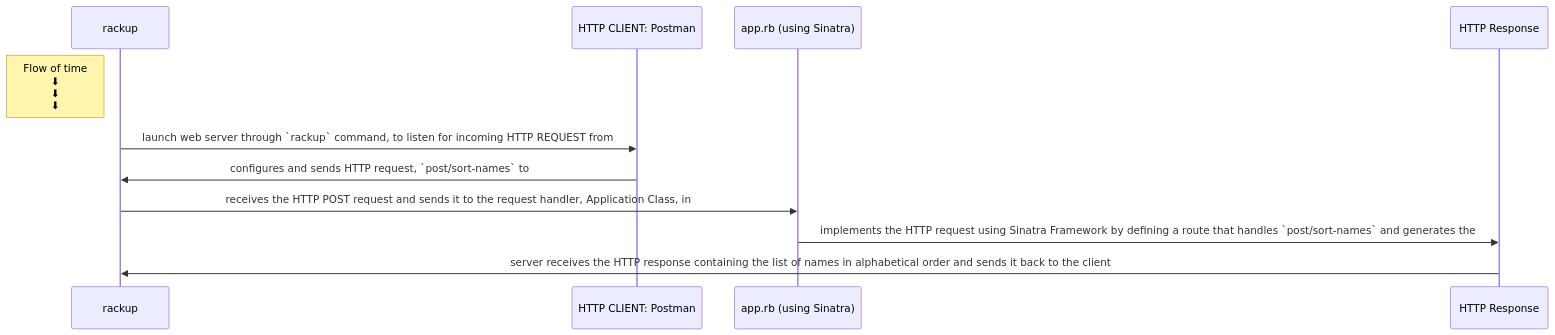
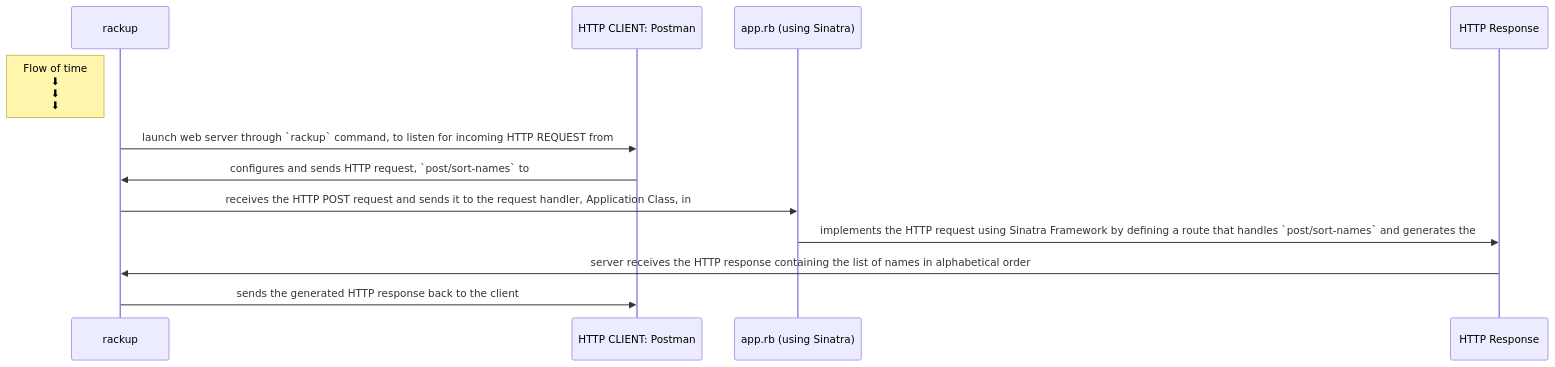
One commit to maddc0de/hello-web-project changed the diagram in README.md. Above: the diagram before and after it, drawn with Mermaid.

Commit message:
update the sequence diagram

````diff
--- a/README.md
+++ b/README.md
@@ -1,16 +1,17 @@
 ```mermaid
 sequenceDiagram
     participant ru as rackup
     participant pm as HTTP CLIENT: Postman
     participant sin as app.rb (using Sinatra)
     participant re as HTTP Response
 
     Note left of ru: Flow of time <br />⬇ <br /> ⬇ <br /> ⬇ 
 
     %% t->>app: Runs `ruby app.rb`
     ru->>pm: launch web server through `rackup` command, to listen for incoming HTTP REQUEST from 
     pm->>ru: configures and sends HTTP request, `post/sort-names` to
     ru->>sin: receives the HTTP POST request and sends it to the request handler, Application Class, in
     sin->>re: implements the HTTP request using Sinatra Framework by defining a route that handles `post/sort-names` and generates the
-    re->>ru: server receives the HTTP response containing the list of names in alphabetical order and sends it back to the client
+    re->>ru: server receives the HTTP response containing the list of names in alphabetical order
+    ru->>pm: sends the generated HTTP response back to the client
 ```
````
